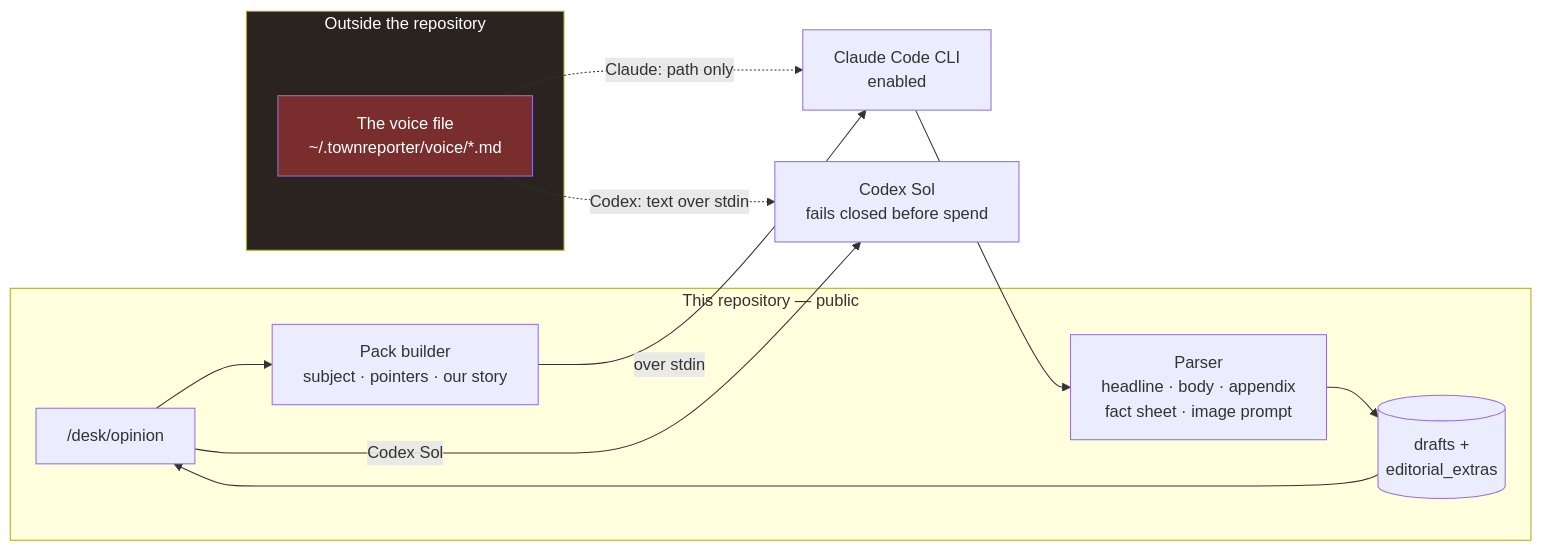
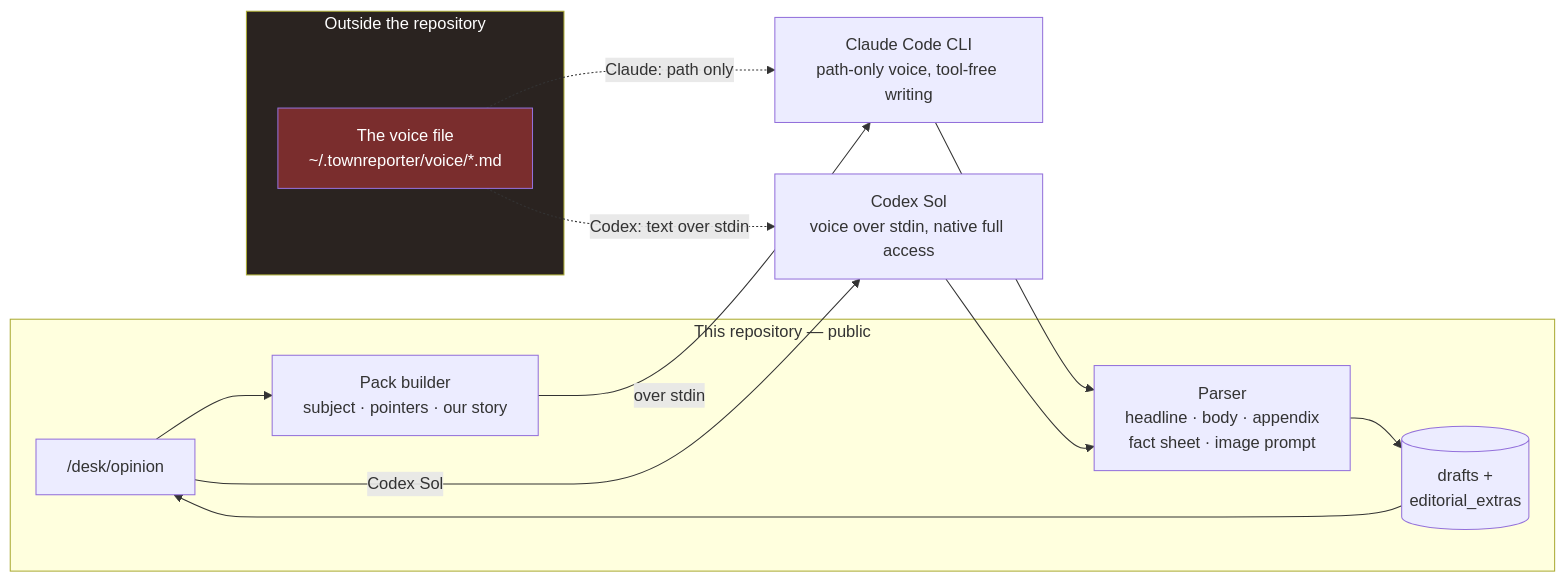
Before and after one commit to scottconverse/TownReporter: the fifth of 8 diagrams in docs/manual.md, drawn with Mermaid. The commit also changed other lines of this file and 45 other files, not shown here.

Commit message:
fix: restore native Codex drafting safely

````diff
--- a/docs/manual.md
+++ b/docs/manual.md
@@ -654,26 +670,27 @@
 ```mermaid
 flowchart LR
     subgraph repo["This repository — public"]
         UI["/desk/opinion"]
         PACK["Pack builder<br/>subject · pointers · our story"]
         PARSE["Parser<br/>headline · body · appendix<br/>fact sheet · image prompt"]
         DRAFTS[("drafts +<br/>editorial_extras")]
     end
 
     subgraph private["Outside the repository"]
         VOICE["The voice file<br/>~/.townreporter/voice/*.md"]
     end
 
-    CLI["Claude Code CLI<br/>enabled"]
-    CODEX["Codex Sol<br/>fails closed before spend"]
+    CLI["Claude Code CLI<br/>path-only voice, tool-free writing"]
+    CODEX["Codex Sol<br/>voice over stdin, native full access"]
 
     UI --> PACK
     PACK -->|"over stdin"| CLI
     VOICE -.->|"Claude: path only"| CLI
     VOICE -.->|"Codex: text over stdin"| CODEX
     CLI --> PARSE --> DRAFTS --> UI
     UI -->|"Codex Sol"| CODEX
+    CODEX --> PARSE
 
     style private fill:#2a2320,color:#fff
     style VOICE fill:#7a2d2d,color:#fff
 ```
````
